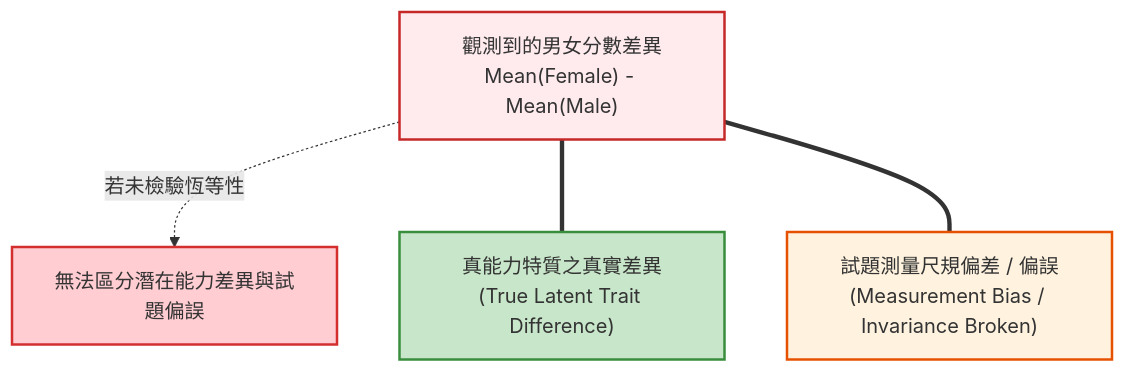
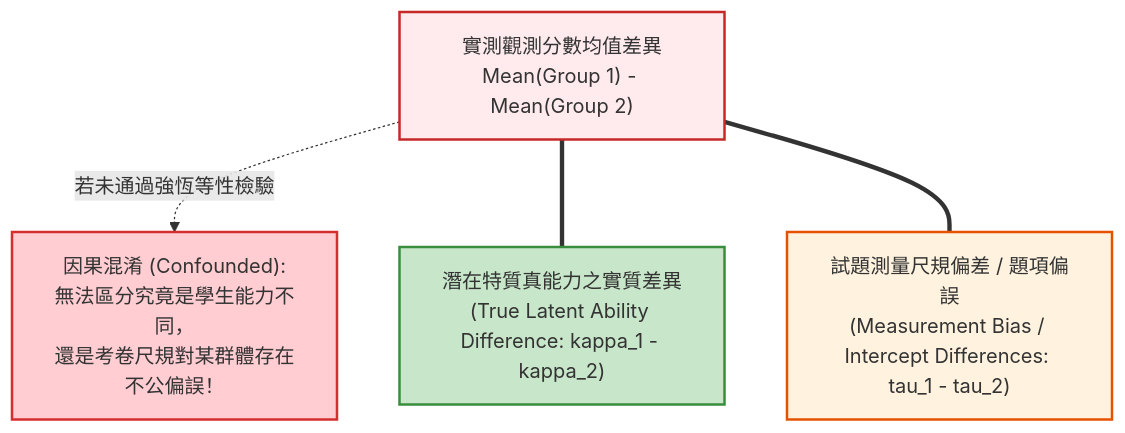
Before and after one commit to allen19970828/modern-r-psychometrics: the first of 3 diagrams in book/Chapter_13_Measurement_Invariance.md, drawn with Mermaid. The commit also changed other lines of this file and 36 other files, not shown here.

````diff
--- a/book/Chapter_13_Measurement_Invariance.md
+++ b/book/Chapter_13_Measurement_Invariance.md
@@ -11,14 +11,14 @@
 ```mermaid
 flowchart TD
-    ObsDiff["觀測到的男女分數差異\nMean(Female) - Mean(Male)"]
-    Cause1["真能力特質之真實差異\n(True Latent Trait Difference)"]
-    Cause2["試題測量尺規偏差 / 偏誤\n(Measurement Bias / Invariance Broken)"]
-    ObsDiff -.->|若未檢驗恆等性| Confused["無法區分潛在能力差異與試題偏誤"]
+    ObsDiff["實測觀測分數均值差異\nMean(Group 1) - Mean(Group 2)"]
+    Cause1["潛在特質真能力之實質差異\n(True Latent Ability Difference: kappa_1 - kappa_2)"]
+    Cause2["試題測量尺規偏差 / 題項偏誤\n(Measurement Bias / Intercept Differences: tau_1 - tau_2)"]
+    ObsDiff -.->|若未通過強恆等性檢驗| Confounded["因果混淆 (Confounded):\n無法區分究竟是學生能力不同，\n還是考卷尺規對某群體存在不公偏誤！"]
     ObsDiff === Cause1
     ObsDiff === Cause2
 
     style ObsDiff fill:#ffebee,stroke:#c62828,stroke-width:2px
-    style Confused fill:#ffcdd2,stroke:#d32f2f,stroke-width:2px
+    style Confounded fill:#ffcdd2,stroke:#d32f2f,stroke-width:2px
     style Cause1 fill:#c8e6c9,stroke:#388e3c,stroke-width:2px
     style Cause2 fill:#fff3e0,stroke:#e65100,stroke-width:2px
 ```
````
